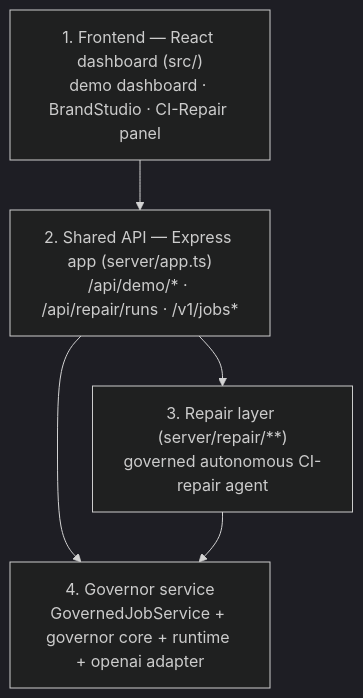
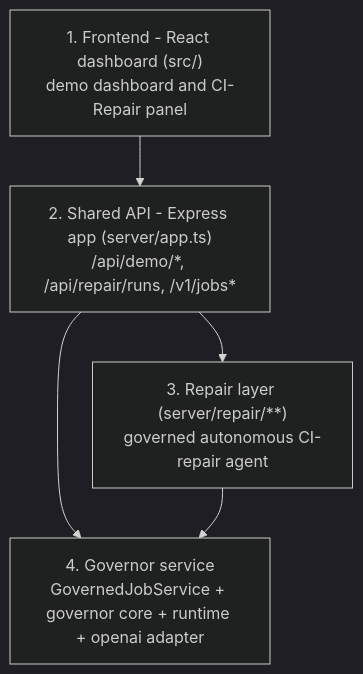
One commit to Smokeybear10/207.PROJ.governor changed the diagram in README.md. Above: the diagram before and after it, drawn with Mermaid (dark theme). The commit also changed other lines of this file and 34 other files, not shown here.

````diff
--- a/README.md
+++ b/README.md
@@ -71,12 +78,12 @@
 ```mermaid
 flowchart TD
-    FE["1. Frontend — React dashboard (src/)<br/>demo dashboard · BrandStudio · CI-Repair panel"]
-    API["2. Shared API — Express app (server/app.ts)<br/>/api/demo/* · /api/repair/runs · /v1/jobs*"]
+    FE["1. Frontend - React dashboard (src/)<br/>demo dashboard and CI-Repair panel"]
+    API["2. Shared API - Express app (server/app.ts)<br/>/api/demo/*, /api/repair/runs, /v1/jobs*"]
     REPAIR["3. Repair layer (server/repair/**)<br/>governed autonomous CI-repair agent"]
     GOV["4. Governor service<br/>GovernedJobService + governor core + runtime + openai adapter"]
 
     FE --> API
     API --> REPAIR
     API --> GOV
     REPAIR --> GOV
 ```
````
